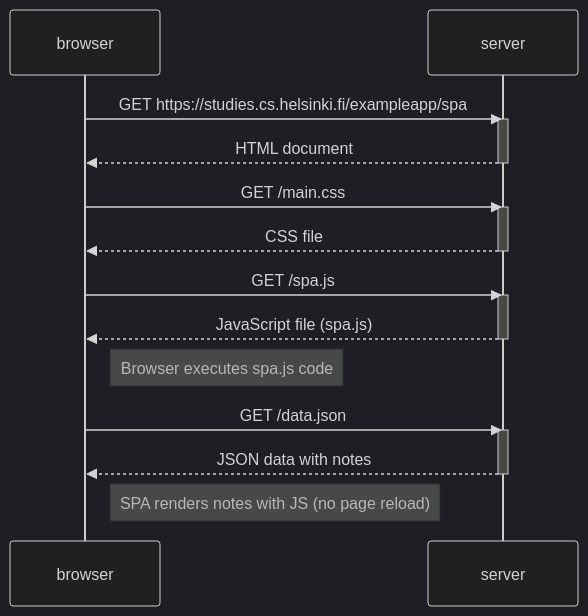
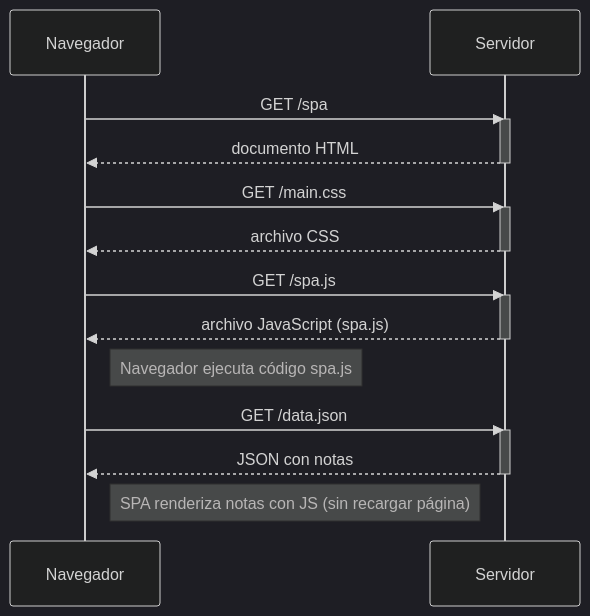
One commit to brujo-rojas/fullstackopen-open changed the diagram in part0/0.5-spa.mmd. Above: the diagram before and after it, drawn with Mermaid (dark theme). The commit also changed 2 other files, not shown here.

Commit message:
fix: diagrams in Spanish, more descriptive

```diff
--- a/part0/0.5-spa.mmd
+++ b/part0/0.5-spa.mmd
@@ -1,26 +1,26 @@
 sequenceDiagram
-    participant browser
-    participant server
+    participant Navegador
+    participant Servidor
 
-    browser->>server: GET https://studies.cs.helsinki.fi/exampleapp/spa
-    activate server
-    server-->>browser: HTML document
-    deactivate server
+    Navegador->>Servidor: GET /spa
+    activate Servidor
+    Servidor-->>Navegador: documento HTML
+    deactivate Servidor
 
-    browser->>server: GET /main.css
-    activate server
-    server-->>browser: CSS file
-    deactivate server
+    Navegador->>Servidor: GET /main.css
+    activate Servidor
+    Servidor-->>Navegador: archivo CSS
+    deactivate Servidor
 
-    browser->>server: GET /spa.js
-    activate server
-    server-->>browser: JavaScript file (spa.js)
-    deactivate server
+    Navegador->>Servidor: GET /spa.js
+    activate Servidor
+    Servidor-->>Navegador: archivo JavaScript (spa.js)
+    deactivate Servidor
 
-    Note right of browser: Browser executes spa.js code
-    browser->>server: GET /data.json
-    activate server
-    server-->>browser: JSON data with notes
-    deactivate server
+    Note right of Navegador: Navegador ejecuta código spa.js
+    Navegador->>Servidor: GET /data.json
+    activate Servidor
+    Servidor-->>Navegador: JSON con notas
+    deactivate Servidor
 
-    Note right of browser: SPA renders notes with JS (no page reload)
+    Note right of Navegador: SPA renderiza notas con JS (sin recargar página)
```
